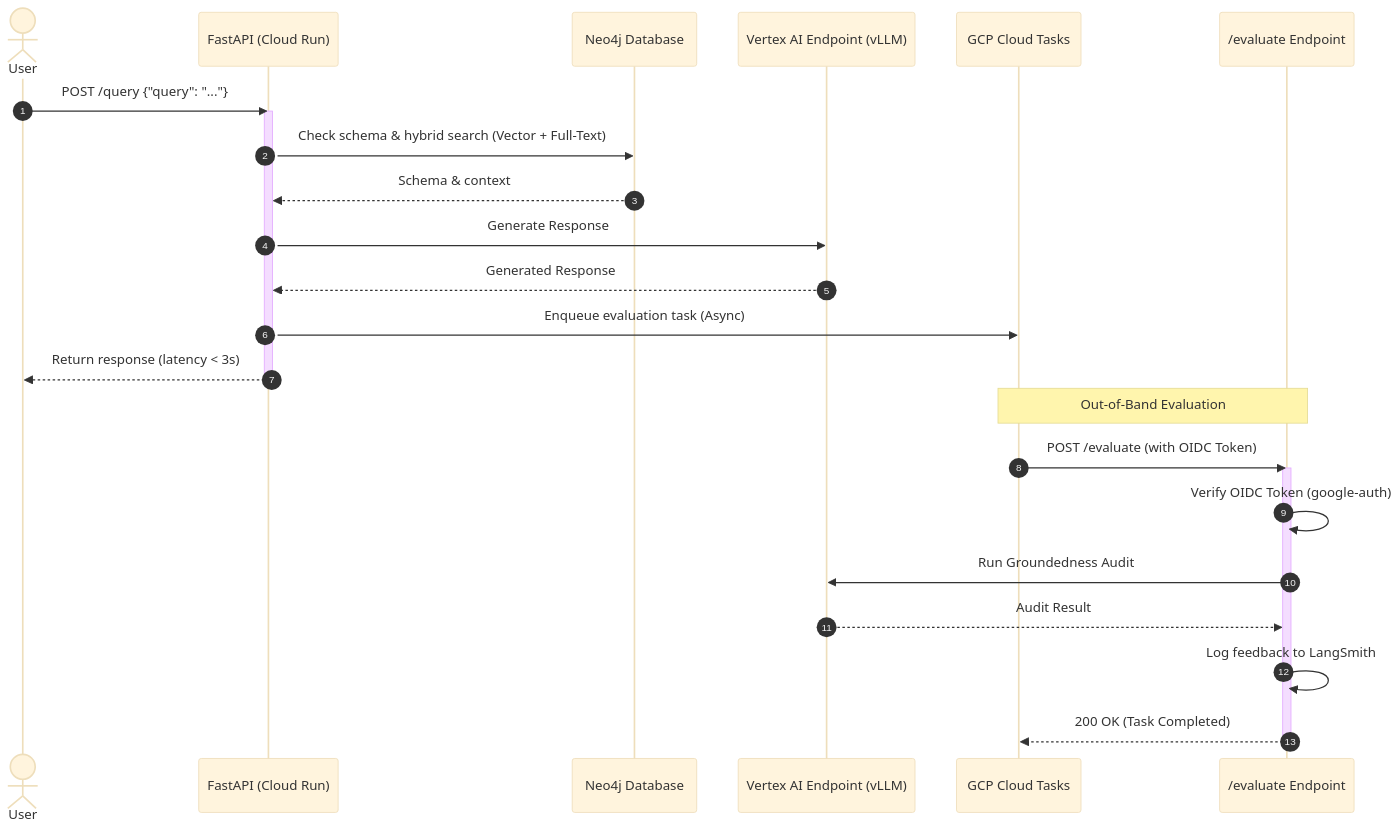
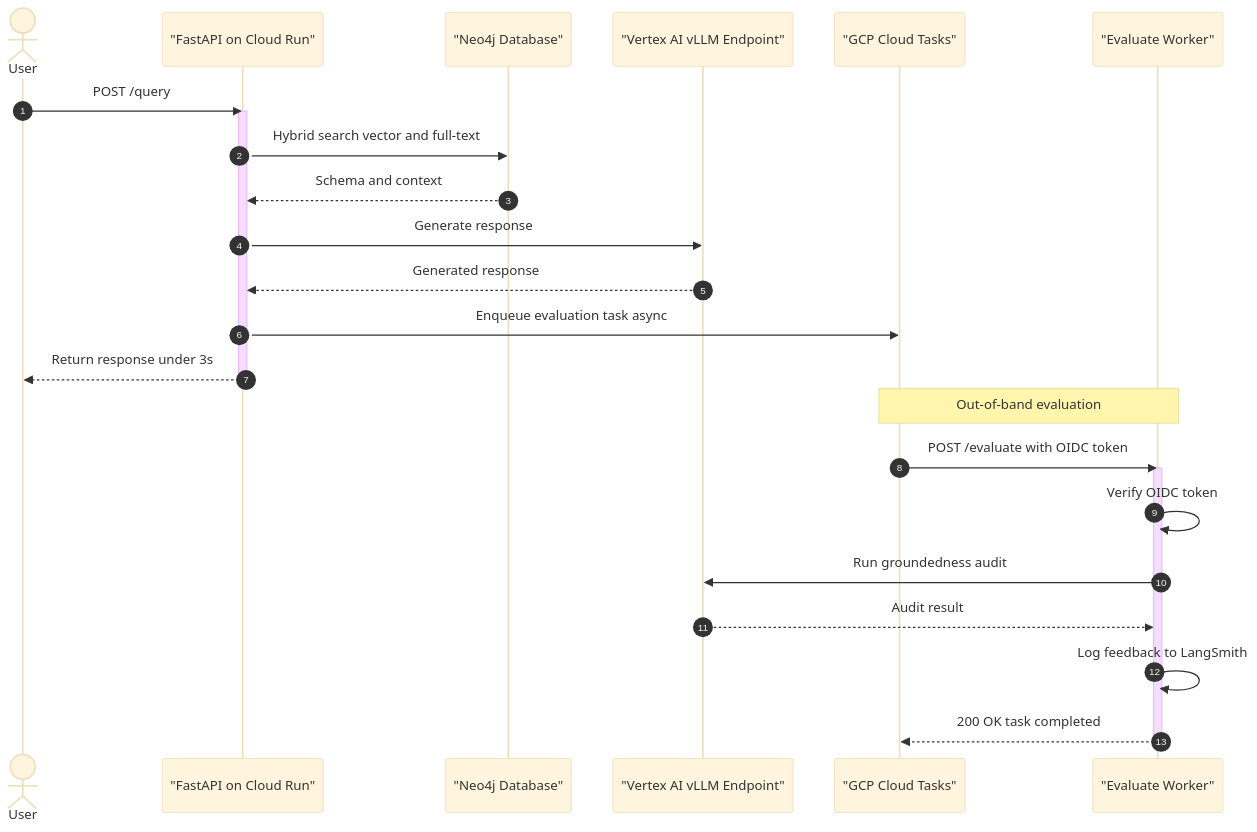
Before and after one commit to bandham-manikanta/ontology-discovery-agent: the diagram in README.md, drawn with Mermaid (base theme).

Commit message:
fix: simplify mermaid diagram for GitHub rendering

````diff
--- a/README.md
+++ b/README.md
@@ -11,30 +11,30 @@
 ```mermaid
 sequenceDiagram
     autonumber
     actor User
-    participant App as FastAPI (Cloud Run)
-    participant DB as Neo4j Database
-    participant Vertex as Vertex AI Endpoint (vLLM)
-    participant Tasks as GCP Cloud Tasks
-    participant Worker as /evaluate Endpoint
+    participant App as "FastAPI on Cloud Run"
+    participant DB as "Neo4j Database"
+    participant Vertex as "Vertex AI vLLM Endpoint"
+    participant Tasks as "GCP Cloud Tasks"
+    participant Worker as "Evaluate Worker"
 
-    User->>App: POST /query {"query": "..."}
+    User->>App: POST /query
     activate App
-    App->>DB: Check schema & hybrid search (Vector + Full-Text)
-    DB-->>App: Schema & context
-    App->>Vertex: Generate Response
-    Vertex-->>App: Generated Response
-    App->>Tasks: Enqueue evaluation task (Async)
-    App-->>User: Return response (latency < 3s)
+    App->>DB: Hybrid search vector and full-text
+    DB-->>App: Schema and context
+    App->>Vertex: Generate response
+    Vertex-->>App: Generated response
+    App->>Tasks: Enqueue evaluation task async
+    App-->>User: Return response under 3s
     deactivate App
 
-    Note over Tasks, Worker: Out-of-Band Evaluation
-    Tasks->>Worker: POST /evaluate (with OIDC Token)
+    Note over Tasks, Worker: Out-of-band evaluation
+    Tasks->>Worker: POST /evaluate with OIDC token
     activate Worker
-    Worker->>Worker: Verify OIDC Token (google-auth)
-    Worker->>Vertex: Run Groundedness Audit
-    Vertex-->>Worker: Audit Result
+    Worker->>Worker: Verify OIDC token
+    Worker->>Vertex: Run groundedness audit
+    Vertex-->>Worker: Audit result
     Worker->>Worker: Log feedback to LangSmith
-    Worker-->>Tasks: 200 OK (Task Completed)
+    Worker-->>Tasks: 200 OK task completed
     deactivate Worker
 ```
````
